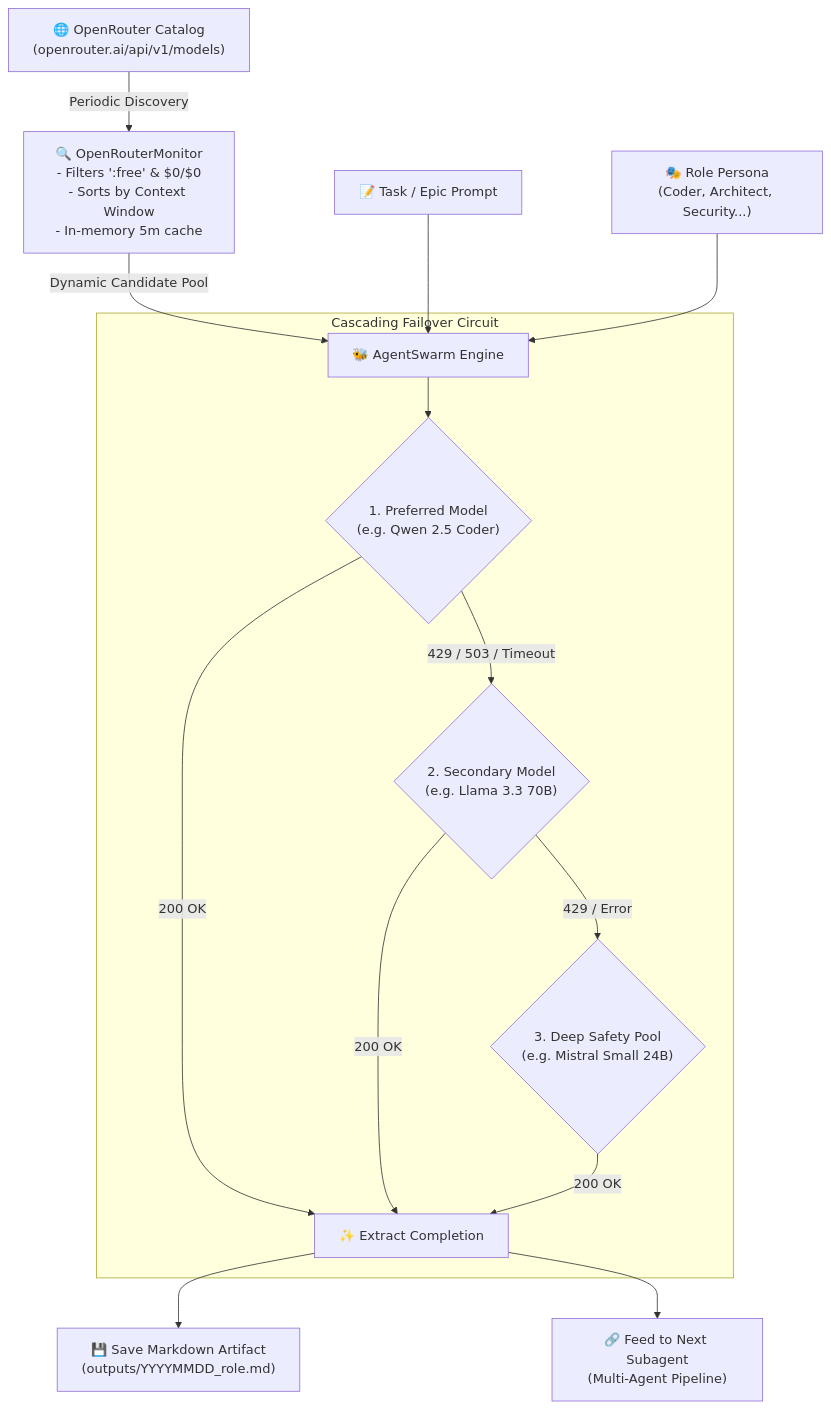
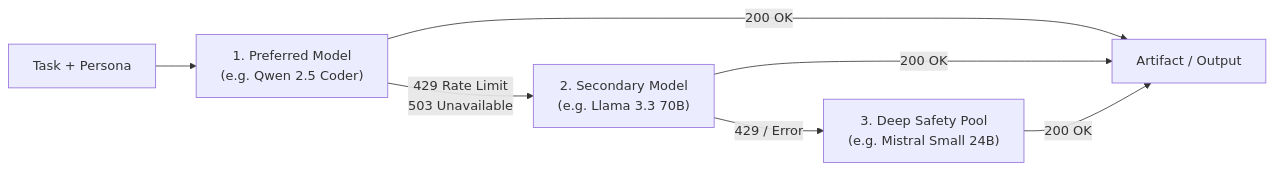
The diagram in README.md (Djoystick/openrouter-free-agents), drawn with Mermaid before and after one commit. The commit also changed other lines of this file and 5 other files, not shown here.

````diff
--- a/README.md
+++ b/README.md
@@ -101,20 +91,9 @@
 ```mermaid
-flowchart TD
-    Catalog["🌐 OpenRouter Catalog\n(openrouter.ai/api/v1/models)"] -->|Periodic Discovery| Monitor["🔍 OpenRouterMonitor\n- Filters ':free' & $0/$0\n- Sorts by Context Window\n- In-memory 5m cache"]
-    
-    Monitor -->|Dynamic Candidate Pool| Swarm["🐝 AgentSwarm Engine"]
-    UserTask["📝 Task / Epic Prompt"] --> Swarm
-    RolePreset["🎭 Role Persona\n(Coder, Architect, Security...)"] --> Swarm
-    
-    subgraph Circuit_Breaker ["Cascading Failover Circuit"]
-        Swarm --> M1{"1. Preferred Model\n(e.g. Qwen 2.5 Coder)"}
-        M1 -->|200 OK| Out["✨ Extract Completion"]
-        M1 -->|429 / 503 / Timeout| M2{"2. Secondary Model\n(e.g. Llama 3.3 70B)"}
-        M2 -->|200 OK| Out
-        M2 -->|429 / Error| M3{"3. Deep Safety Pool\n(e.g. Mistral Small 24B)"}
-        M3 -->|200 OK| Out
-    end
-    
-    Out --> Artifact["💾 Save Markdown Artifact\n(outputs/YYYYMMDD_role.md)"]
-    Out --> Pipeline["🔗 Feed to Next Subagent\n(Multi-Agent Pipeline)"]
+flowchart LR
+    Task["Task + Persona"] --> M1["1. Preferred Model\n(e.g. Qwen 2.5 Coder)"]
+    M1 -->|200 OK| Out["Artifact / Output"]
+    M1 -->|429 Rate Limit\n503 Unavailable| M2["2. Secondary Model\n(e.g. Llama 3.3 70B)"]
+    M2 -->|200 OK| Out
+    M2 -->|429 / Error| M3["3. Deep Safety Pool\n(e.g. Mistral Small 24B)"]
+    M3 -->|200 OK| Out
 ```
````
